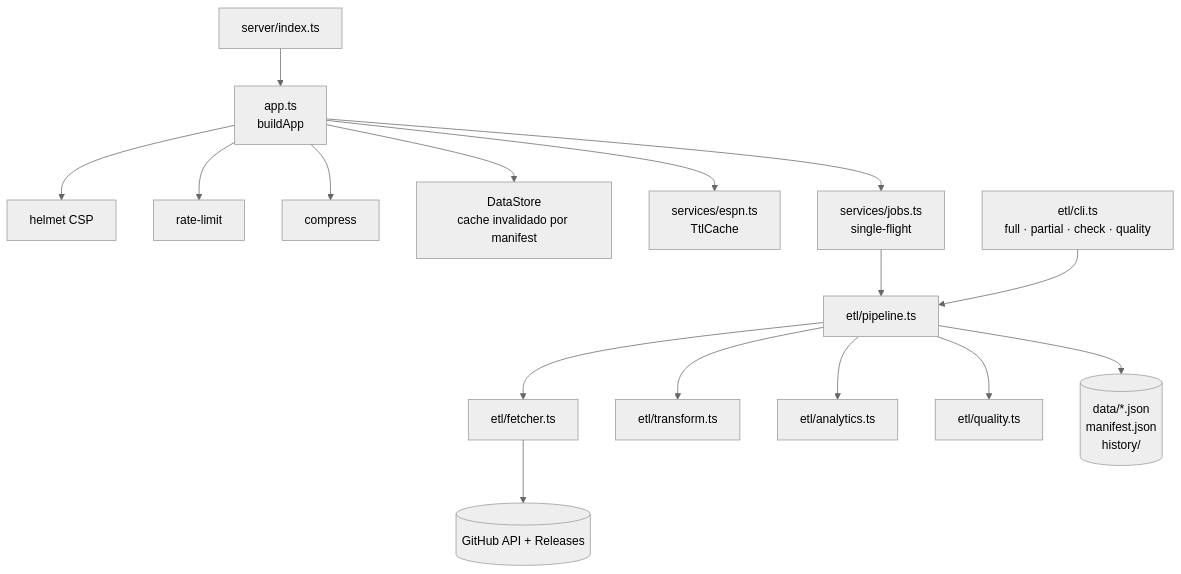
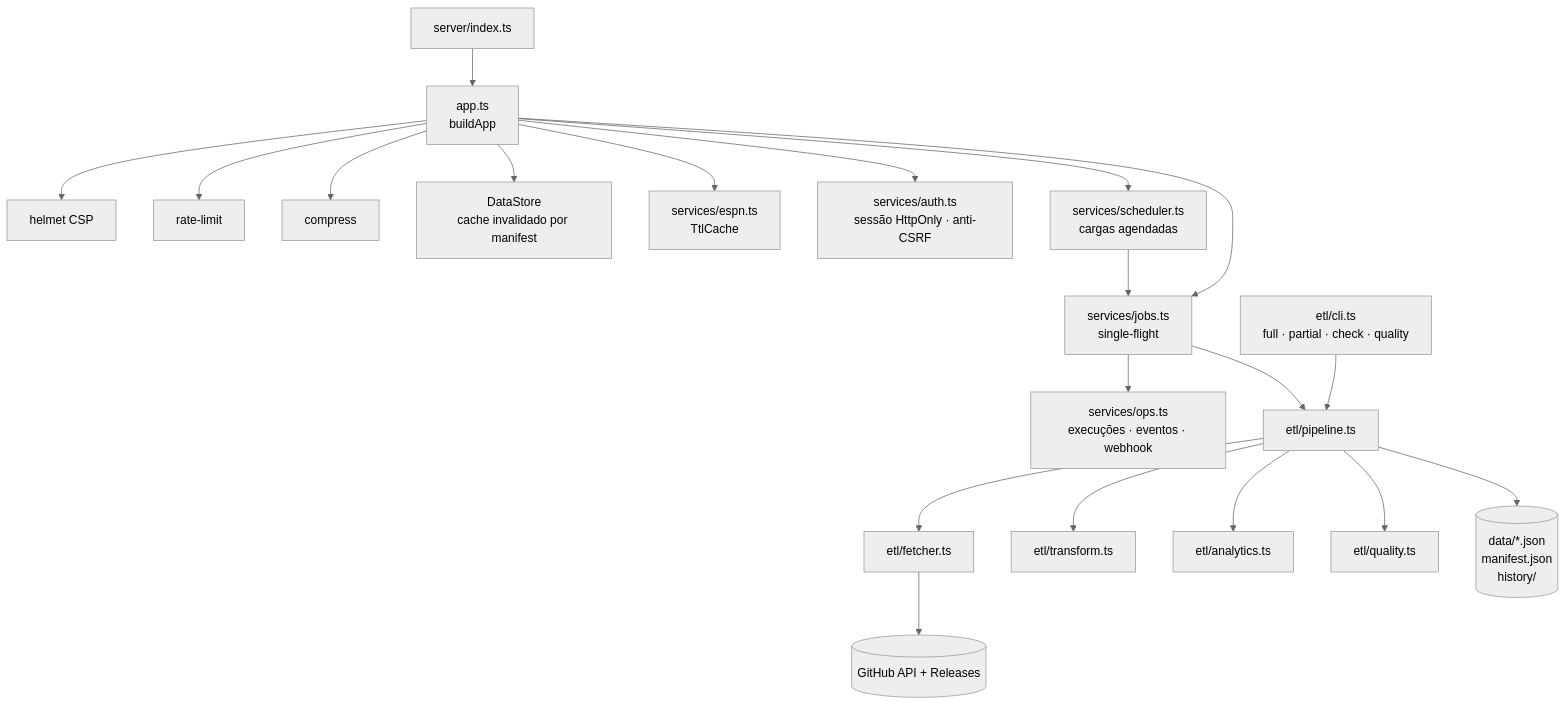
The third of 4 diagrams in docs/GUIA_COMPLETO.md (lucasllimati/end-zone-analytics), drawn with Mermaid (neutral theme) before and after one commit. The commit also changed other lines of this file and 14 other files, not shown here.

````diff
--- a/docs/GUIA_COMPLETO.md
+++ b/docs/GUIA_COMPLETO.md
@@ -128,15 +129,19 @@
 ```mermaid
 flowchart TD
     idx[server/index.ts] --> app[app.ts<br/>buildApp]
     app --> helmet[helmet CSP] & rl[rate-limit] & comp[compress]
     app --> store[DataStore<br/>cache invalidado por manifest]
     app --> espn[services/espn.ts<br/>TtlCache]
+    app --> auth[services/auth.ts<br/>sessão HttpOnly · anti-CSRF]
+    app --> agenda[services/scheduler.ts<br/>cargas agendadas]
+    agenda --> jobs
     app --> jobs[services/jobs.ts<br/>single-flight]
+    jobs --> ops[services/ops.ts<br/>execuções · eventos · webhook]
     jobs --> pipe[etl/pipeline.ts]
     cli[etl/cli.ts<br/>full · partial · check · quality] --> pipe
     pipe --> fetcher[etl/fetcher.ts] --> gh[(GitHub API + Releases)]
     pipe --> transform[etl/transform.ts]
     pipe --> analytics[etl/analytics.ts]
     pipe --> quality[etl/quality.ts]
     pipe --> out[(data/*.json<br/>manifest.json<br/>history/)]
 ```
````
